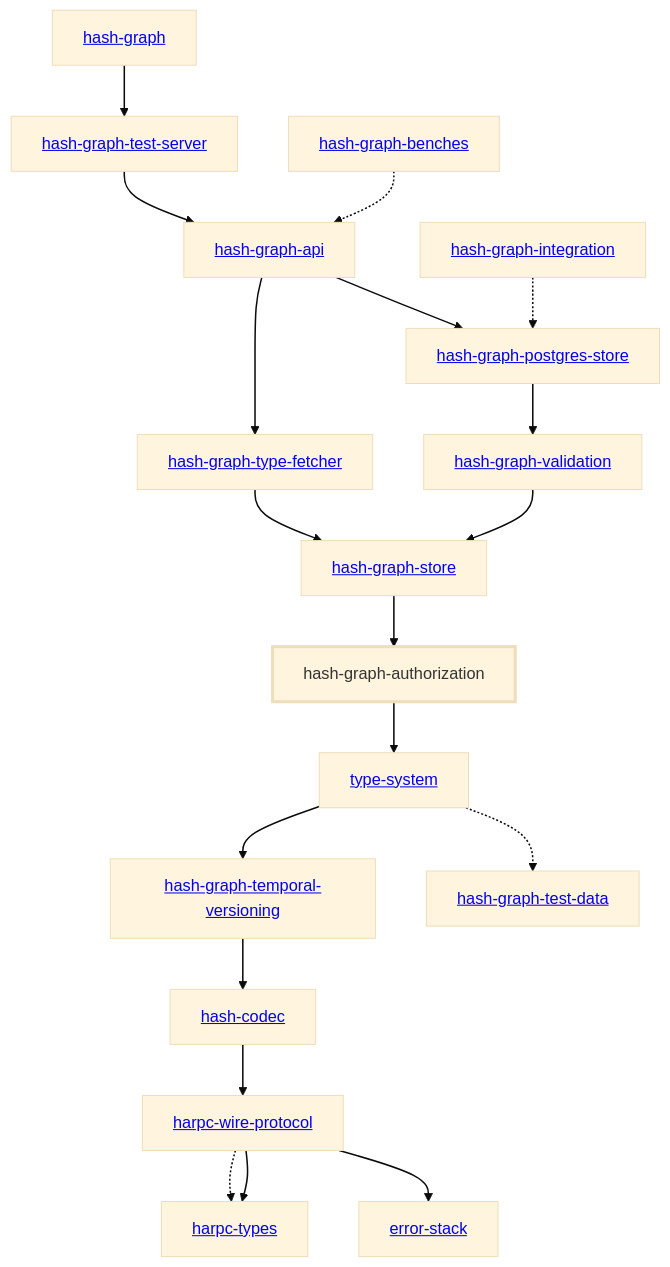
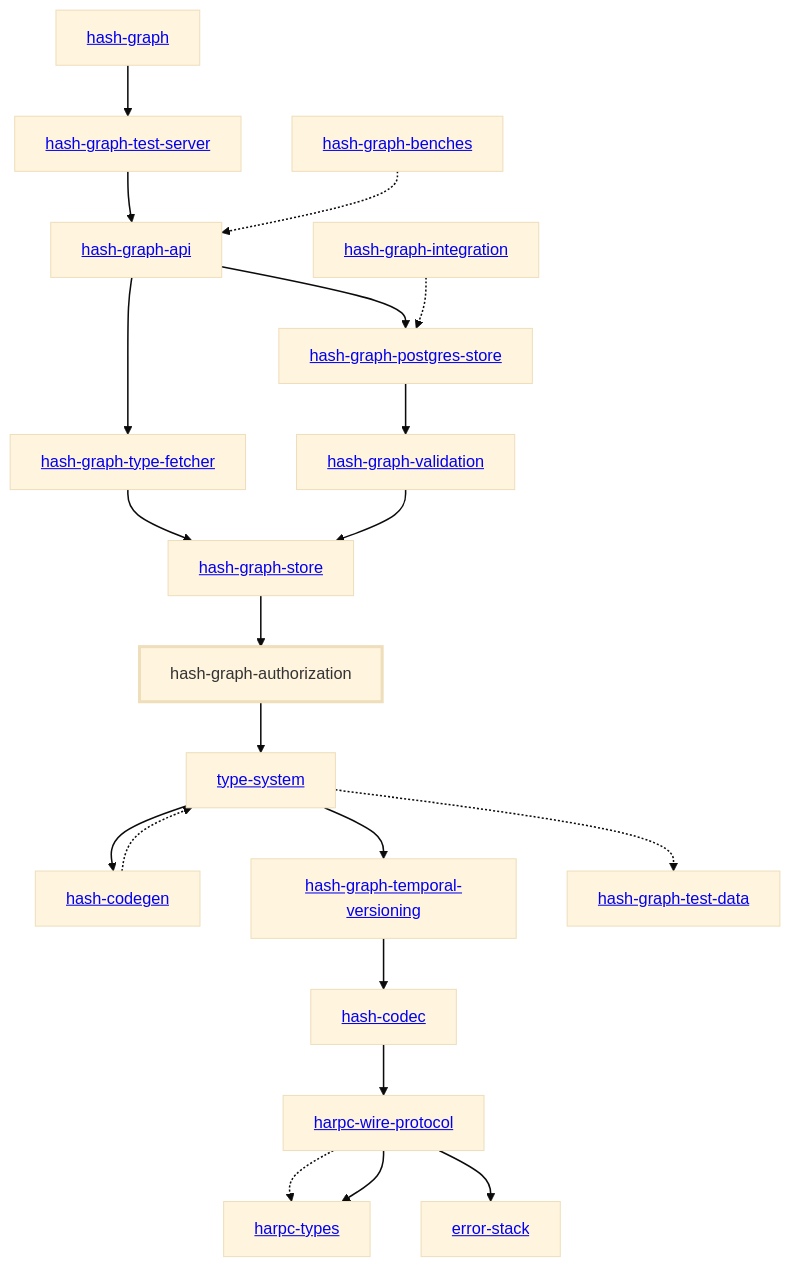
Before and after one commit to hashintel/hash: the diagram in libs/@local/graph/authorization/docs/dependency-diagram.mmd, drawn with Mermaid (base theme). The commit also changed 30 other files, not shown here.

Commit message:
Export from type-system to `types.d.ts`

```diff
--- a/libs/@local/graph/authorization/docs/dependency-diagram.mmd
+++ b/libs/@local/graph/authorization/docs/dependency-diagram.mmd
@@ -1,46 +1,49 @@
 graph TD
     linkStyle default stroke-width:1.5px
     classDef default stroke-width:1px
     classDef root stroke-width:3px
     classDef dev stroke-width:1px
     classDef build stroke-width:1px
     %% Legend
     %% --> : Normal dependency
     %% -.-> : Dev dependency
     %% ---> : Build dependency
     0[<a href="../hash_graph">hash-graph</a>]
     1[<a href="../type_system">type-system</a>]
     2[<a href="../hash_codec">hash-codec</a>]
-    3[<a href="../hash_graph_api">hash-graph-api</a>]
-    4[hash-graph-authorization]
-    class 4 root
-    5[<a href="../hash_graph_postgres_store">hash-graph-postgres-store</a>]
-    6[<a href="../hash_graph_store">hash-graph-store</a>]
-    7[<a href="../hash_graph_temporal_versioning">hash-graph-temporal-versioning</a>]
-    8[<a href="../hash_graph_test_server">hash-graph-test-server</a>]
-    9[<a href="../hash_graph_type_fetcher">hash-graph-type-fetcher</a>]
-    10[<a href="../hash_graph_validation">hash-graph-validation</a>]
-    11[<a href="../harpc_types">harpc-types</a>]
-    12[<a href="../harpc_wire_protocol">harpc-wire-protocol</a>]
-    13[<a href="../error_stack">error-stack</a>]
-    14[<a href="../hash_graph_benches">hash-graph-benches</a>]
-    15[<a href="../hash_graph_integration">hash-graph-integration</a>]
-    16[<a href="../hash_graph_test_data">hash-graph-test-data</a>]
-    0 --> 8
-    1 --> 7
-    1 -.-> 16
-    2 --> 12
-    3 --> 5
-    3 --> 9
-    4 --> 1
-    5 --> 10
-    6 --> 4
-    7 --> 2
-    8 --> 3
-    9 --> 6
-    10 --> 6
-    12 -.-> 11
-    12 --> 11
-    12 --> 13
-    14 -.-> 3
-    15 -.-> 5
+    3[<a href="../hash_codegen">hash-codegen</a>]
+    4[<a href="../hash_graph_api">hash-graph-api</a>]
+    5[hash-graph-authorization]
+    class 5 root
+    6[<a href="../hash_graph_postgres_store">hash-graph-postgres-store</a>]
+    7[<a href="../hash_graph_store">hash-graph-store</a>]
+    8[<a href="../hash_graph_temporal_versioning">hash-graph-temporal-versioning</a>]
+    9[<a href="../hash_graph_test_server">hash-graph-test-server</a>]
+    10[<a href="../hash_graph_type_fetcher">hash-graph-type-fetcher</a>]
+    11[<a href="../hash_graph_validation">hash-graph-validation</a>]
+    12[<a href="../harpc_types">harpc-types</a>]
+    13[<a href="../harpc_wire_protocol">harpc-wire-protocol</a>]
+    14[<a href="../error_stack">error-stack</a>]
+    15[<a href="../hash_graph_benches">hash-graph-benches</a>]
+    16[<a href="../hash_graph_integration">hash-graph-integration</a>]
+    17[<a href="../hash_graph_test_data">hash-graph-test-data</a>]
+    0 --> 9
+    1 --> 3
+    1 --> 8
+    1 -.-> 17
+    2 --> 13
+    3 -.-> 1
+    4 --> 6
+    4 --> 10
+    5 --> 1
+    6 --> 11
+    7 --> 5
+    8 --> 2
+    9 --> 4
+    10 --> 7
+    11 --> 7
+    13 -.-> 12
+    13 --> 12
+    13 --> 14
+    15 -.-> 4
+    16 -.-> 6
```
